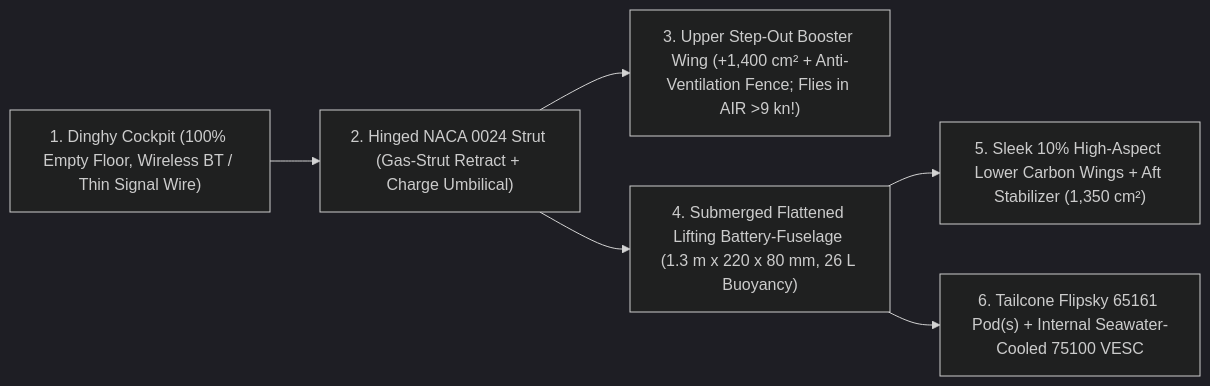
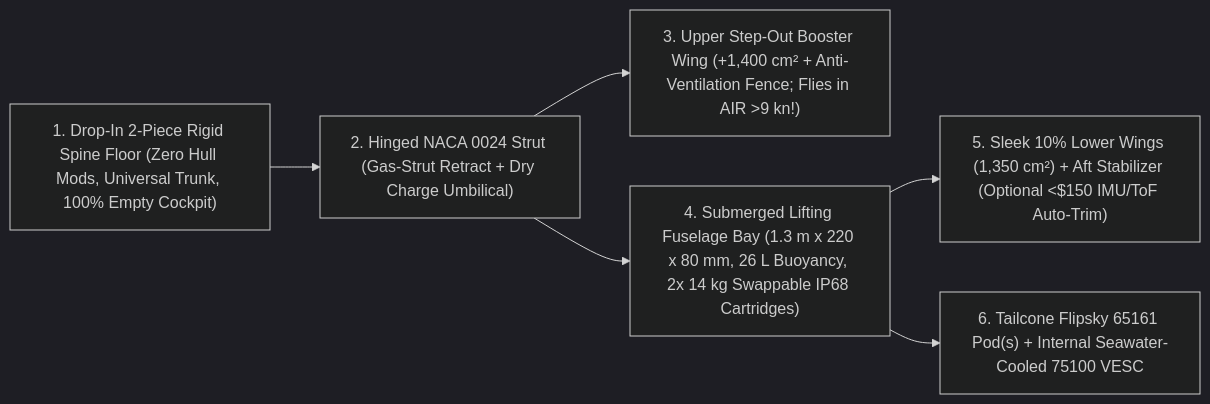
The first of 2 diagrams in README.md (boats-boats-boats/foil-skiff), drawn with Mermaid (dark theme) before and after one commit. The commit also changed other lines of this file and 2 other files, not shown here.

Commit message:
Integrate drop-in rigid Spine Floor, swappable IP68 cartridges, and auto-trim into core FoilSkiff architecture

````diff
--- a/README.md
+++ b/README.md
@@ -13,8 +13,8 @@
 ```mermaid
 flowchart LR
-    Cockpit["1. Dinghy Cockpit (100% Empty Floor, Wireless BT / Thin Signal Wire)"] --> Strut["2. Hinged NACA 0024 Strut (Gas-Strut Retract + Charge Umbilical)"]
+    Floor["1. Drop-In 2-Piece Rigid Spine Floor (Zero Hull Mods, Universal Trunk, 100% Empty Cockpit)"] --> Strut["2. Hinged NACA 0024 Strut (Gas-Strut Retract + Dry Charge Umbilical)"]
     Strut --> Upper["3. Upper Step-Out Booster Wing (+1,400 cm² + Anti-Ventilation Fence; Flies in AIR >9 kn!)"]
-    Strut --> Fuse["4. Submerged Flattened Lifting Battery-Fuselage (1.3 m x 220 x 80 mm, 26 L Buoyancy)"]
-    Fuse --> Wings["5. Sleek 10% High-Aspect Lower Carbon Wings + Aft Stabilizer (1,350 cm²)"]
+    Strut --> Fuse["4. Submerged Lifting Fuselage Bay (1.3 m x 220 x 80 mm, 26 L Buoyancy, 2x 14 kg Swappable IP68 Cartridges)"]
+    Fuse --> Wings["5. Sleek 10% Lower Wings (1,350 cm²) + Aft Stabilizer (Optional <$150 IMU/ToF Auto-Trim)"]
     Fuse --> Motor["6. Tailcone Flipsky 65161 Pod(s) + Internal Seawater-Cooled 75100 VESC"]
 ```
````
